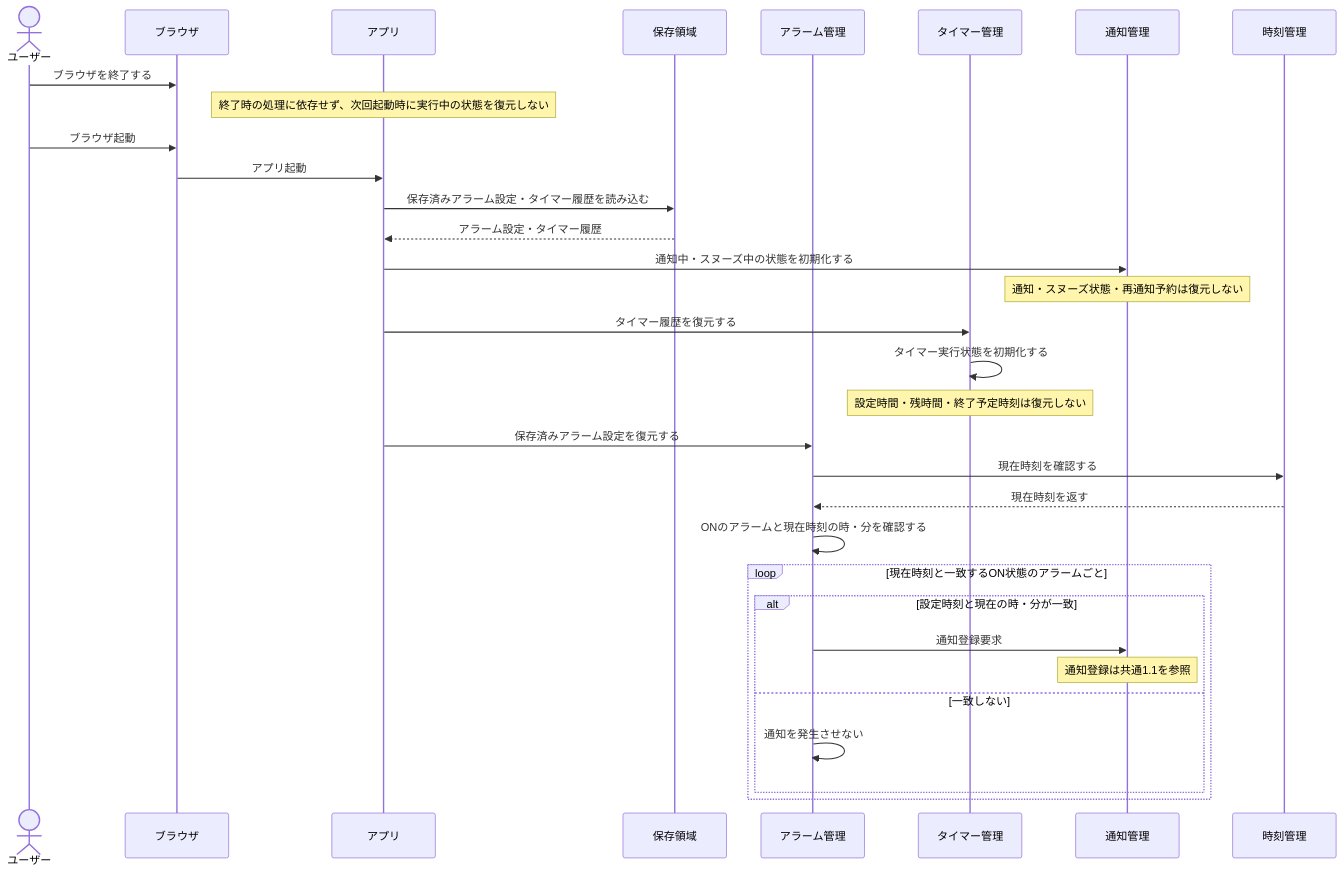
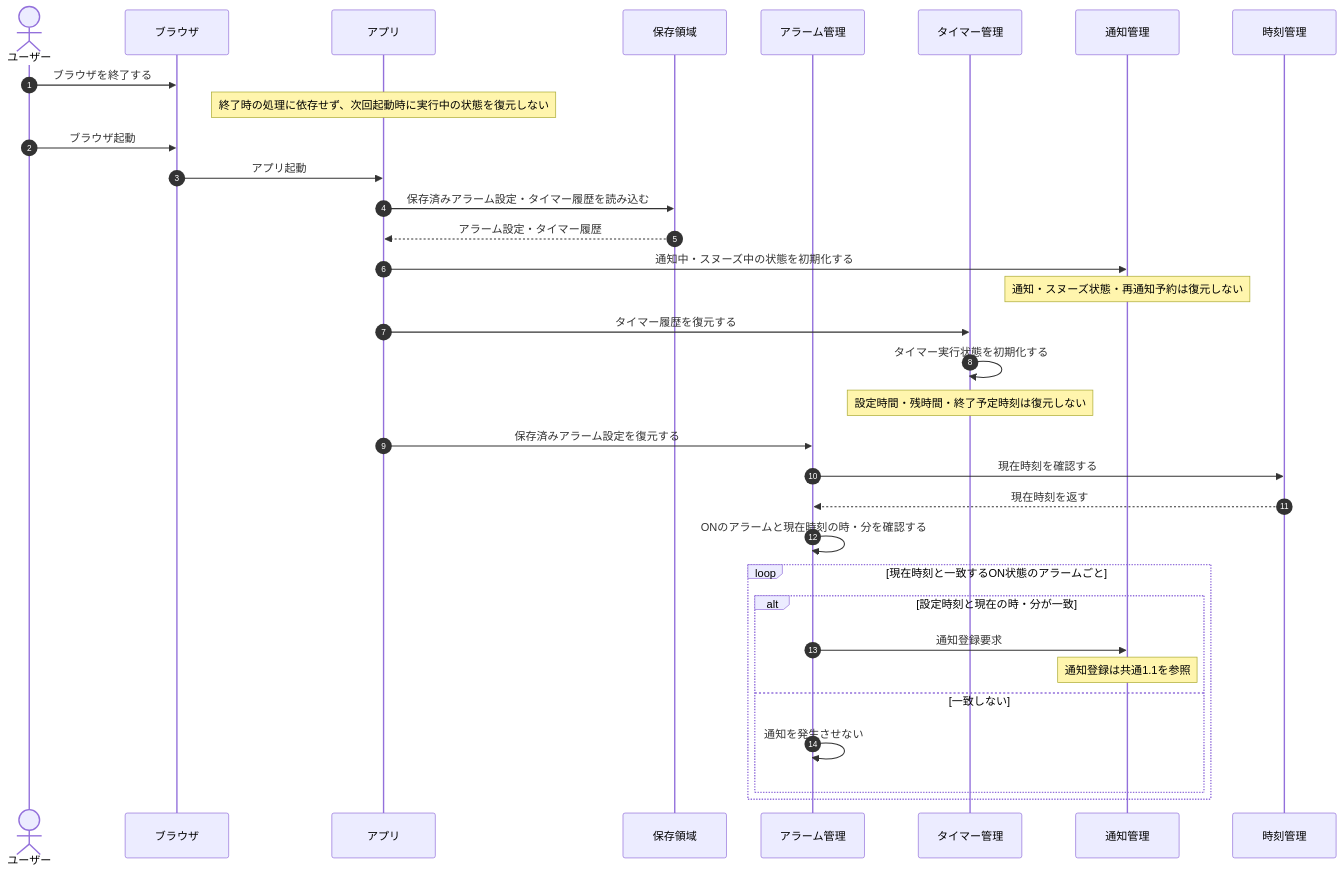
Before and after one commit to shun62201234-crypto/timerApplication: the seventh of 7 diagrams in document/設計/シーケンス図/共通シーケンス図.md, drawn with Mermaid.

Commit message:
autonumber追加
ブラウザ終了・再起動にautonumber追加

````diff
--- a/document/設計/シーケンス図/共通シーケンス図.md
+++ b/document/設計/シーケンス図/共通シーケンス図.md
@@ -230,41 +230,42 @@
 ```mermaid
 sequenceDiagram
+    autonumber
     actor User as ユーザー
     participant Browser as ブラウザ
     participant App as アプリ
     participant Storage as 保存領域
     participant Alarm as アラーム管理
     participant Timer as タイマー管理
     participant Notify as 通知管理
     participant Clock as 時刻管理
 
     User->>Browser: ブラウザを終了する
     Note over App: 終了時の処理に依存せず、次回起動時に実行中の状態を復元しない
 
     User->>Browser: ブラウザ起動
     Browser->>App: アプリ起動
     App->>Storage: 保存済みアラーム設定・タイマー履歴を読み込む
     Storage-->>App: アラーム設定・タイマー履歴
 
     App->>Notify: 通知中・スヌーズ中の状態を初期化する
     Note over Notify: 通知・スヌーズ状態・再通知予約は復元しない
 
     App->>Timer: タイマー履歴を復元する
     Timer->>Timer: タイマー実行状態を初期化する
     Note over Timer: 設定時間・残時間・終了予定時刻は復元しない
 
     App->>Alarm: 保存済みアラーム設定を復元する
     Alarm->>Clock: 現在時刻を確認する
     Clock-->>Alarm: 現在時刻を返す
 
     Alarm->>Alarm: ONのアラームと現在時刻の時・分を確認する
 
     loop 現在時刻と一致するON状態のアラームごと
         alt 設定時刻と現在の時・分が一致
             Alarm->>Notify: 通知登録要求
             Note over Notify: 通知登録は共通1.1を参照
         else 一致しない
             Alarm->>Alarm: 通知を発生させない
         end
     end
 ```
````
